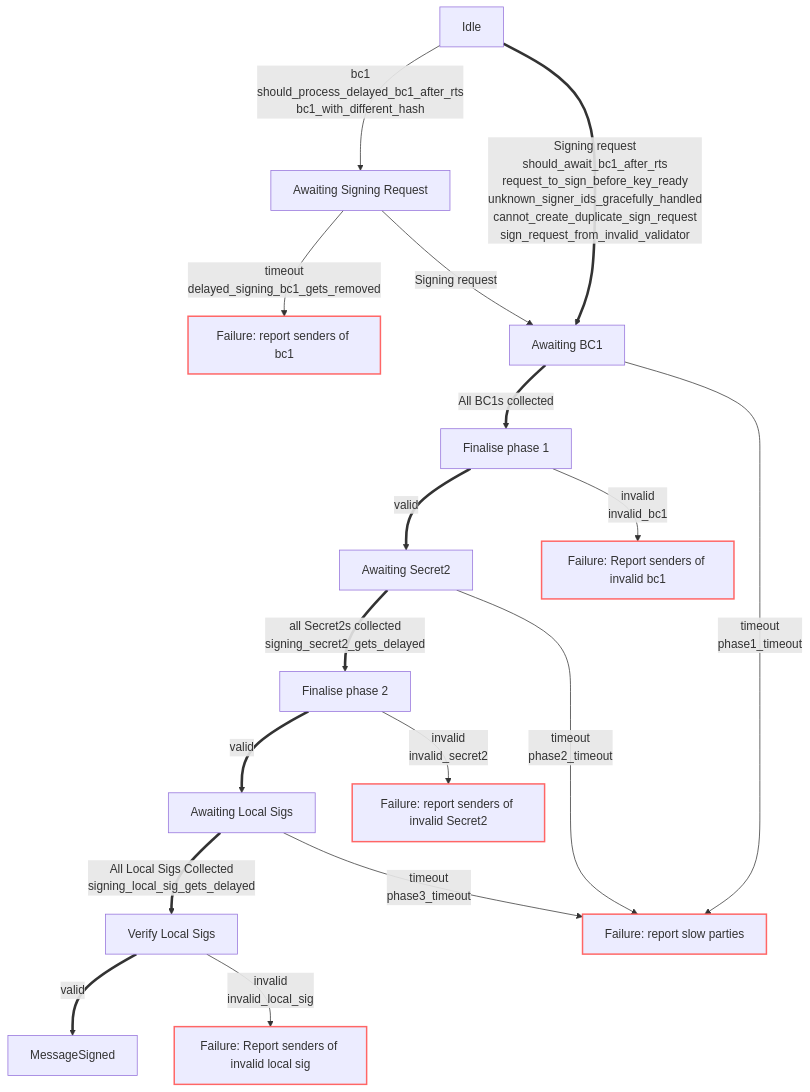
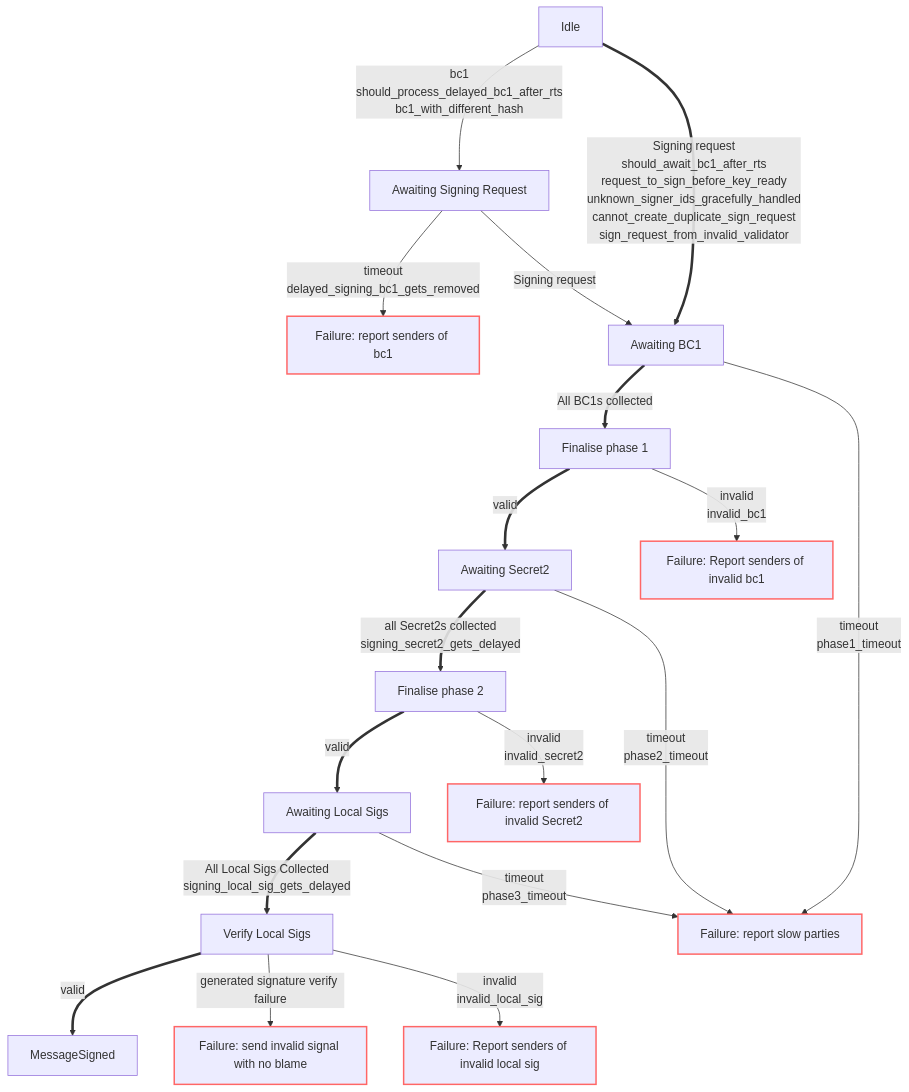
One commit to chainflip-io/chainflip-backend changed the third of 3 diagrams in engine/src/signing/readme.md. Above: the diagram before and after it, drawn with Mermaid. The commit also changed 1 other file, not shown here.

Commit message:
Reporting invalid sig gen

````diff
--- a/engine/src/signing/readme.md
+++ b/engine/src/signing/readme.md
@@ -117,23 +117,24 @@
 ```mermaid
 graph TD;
 Idle[Idle]
 Idle--bc1<br>should_process_delayed_bc1_after_rts<br>bc1_with_different_hash-->AwaitingKR[Awaiting Signing Request];
 Idle==Signing request<br>should_await_bc1_after_rts<br>request_to_sign_before_key_ready<br>unknown_signer_ids_gracefully_handled<br>cannot_create_duplicate_sign_request<br>sign_request_from_invalid_validator==>AwaitingBc1[Awaiting BC1];
 AwaitingKR--timeout<br>delayed_signing_bc1_gets_removed-->Timeout1[Failure: report senders of bc1];
 AwaitingKR--Signing request-->AwaitingBc1;
 AwaitingBc1==All BC1s collected==>Finalise1[Finalise phase 1];
 Finalise1==valid==>AwaitSec2[Awaiting Secret2];
 Finalise1--invalid<br>invalid_bc1-->InvalidBC1[Failure: Report senders of invalid bc1];
 AwaitSec2==all Secret2s collected<br>signing_secret2_gets_delayed==>Finalise2[Finalise phase 2];
 AwaitSec2--timeout<br>phase2_timeout-->Timeout2[Failure: report slow parties];
 Finalise2==valid==>AwaitingLocalSig3[Awaiting Local Sigs];
 Finalise2--invalid<br>invalid_secret2-->InvalidSec2[Failure: report senders of invalid Secret2];
 AwaitingBc1--timeout <br>phase1_timeout-->Timeout2;
 AwaitingLocalSig3==All Local Sigs Collected<br>signing_local_sig_gets_delayed==>Finalise3[Verify Local Sigs];
 AwaitingLocalSig3--timeout<br>phase3_timeout-->Timeout2;
 Finalise3==valid==>MessageSigned;
+Finalise3--generated signature verify failure-->InvalidSig[Failure: send invalid signal with no blame]
 Finalise3--invalid<br>invalid_local_sig-->InvalidLS[Failure: Report senders of invalid local sig]
 
 classDef Error stroke:#f66,stroke-width:2px;
-class InvalidLS,InvalidSec2,InvalidBC1,Timeout2,Timeout1 Error
+class InvalidLS,InvalidSec2,InvalidBC1,Timeout2,Timeout1,InvalidSig Error
 ```
````
